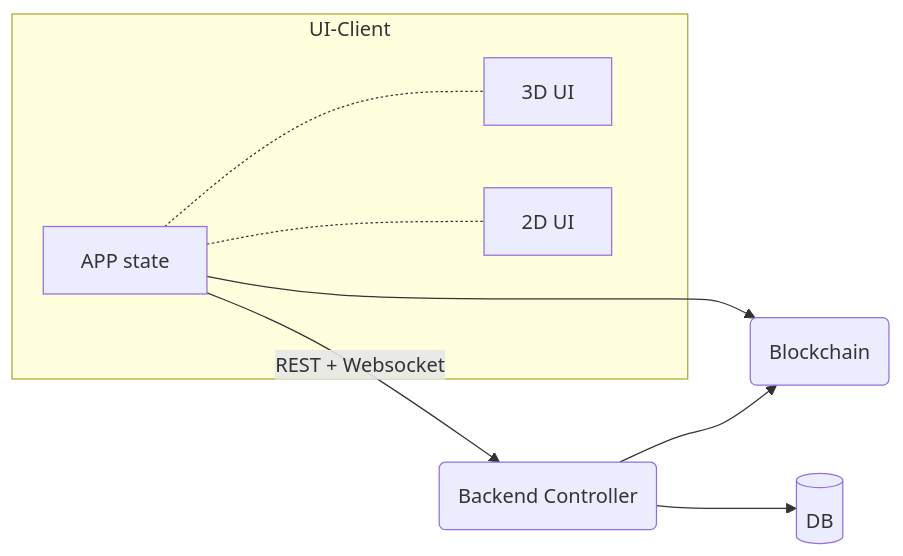
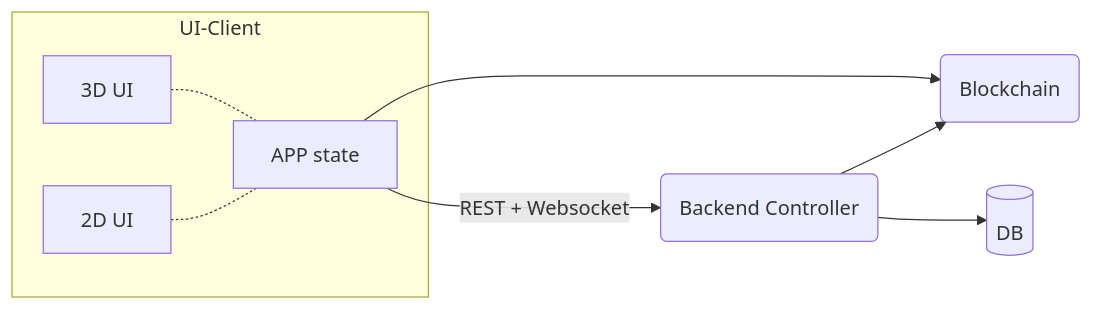
One commit to momentum-xyz/ui-client changed the first of 2 diagrams in README.md. Above: the diagram before and after it, drawn with Mermaid.

Commit message:
docs: overview flowchart optimisation

````diff
--- a/README.md
+++ b/README.md
@@ -10,13 +10,13 @@
 ```mermaid
 flowchart LR
     subgraph UI-Client
+        3D -.- A
+        2D -.- A
         A[APP state]
         3D[3D UI]
         2D[2D UI]
-        A -.- 3D
-        A -.- 2D
     end
     A --> B(Blockchain)
     C --> B
     A -- REST + Websocket --> C(Backend Controller) --> DB[(DB)]
 ```
````
